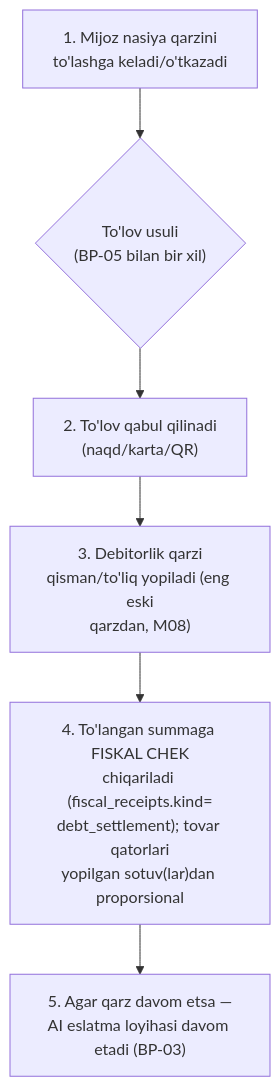
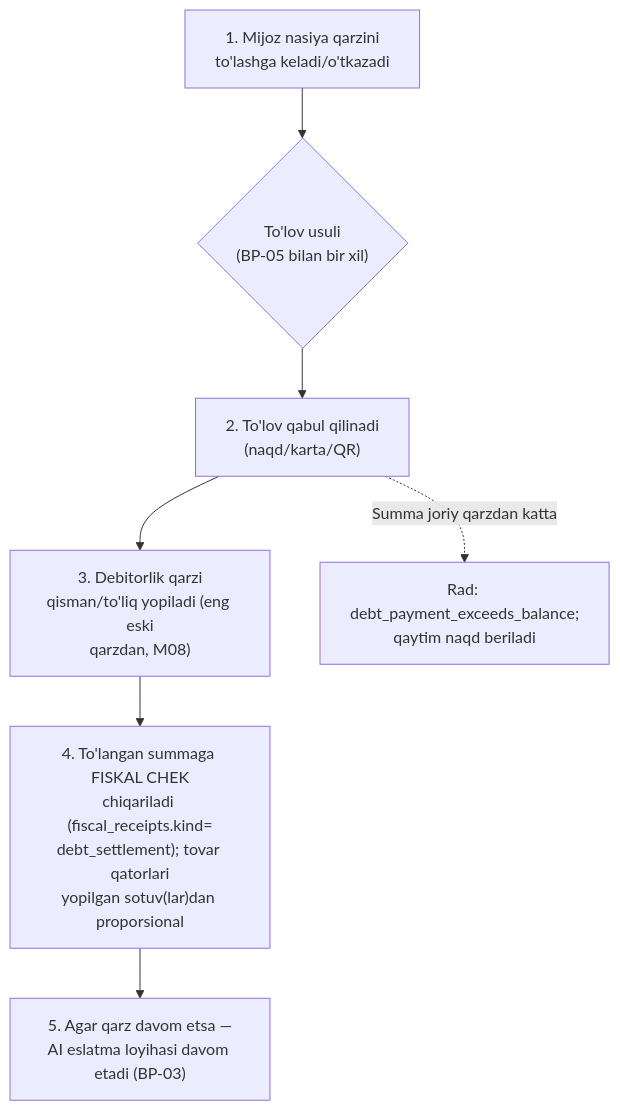
One commit to hasanoff507/erp changed diagram 11 of 15 in spec/kod-uchun/04-biznes-jarayonlar.md. Above: the diagram before and after it, drawn with Mermaid. The commit also changed other lines of this file and 47 other files, not shown here.

````diff
--- a/spec/kod-uchun/04-biznes-jarayonlar.md
+++ b/spec/kod-uchun/04-biznes-jarayonlar.md
@@ -302,8 +309,9 @@
 ```mermaid
 flowchart TD
     A["1. Mijoz nasiya qarzini\nto'lashga keladi/o'tkazadi"] --> B{"To'lov usuli\n(BP-05 bilan bir xil)"}
     B --> C["2. To'lov qabul qilinadi\n(naqd/karta/QR)"]
     C --> D["3. Debitorlik qarzi\nqisman/to'liq yopiladi (eng eski\nqarzdan, M08)"]
     D --> E["4. To'langan summaga FISKAL CHEK\nchiqariladi (fiscal_receipts.kind=\ndebt_settlement); tovar qatorlari\nyopilgan sotuv(lar)dan proporsional"]
     E --> F["5. Agar qarz davom etsa —\nAI eslatma loyihasi davom etadi (BP-03)"]
+    C -. "Summa joriy qarzdan katta" .-> X["Rad: debt_payment_exceeds_balance;\nqaytim naqd beriladi"]
 ```
````
